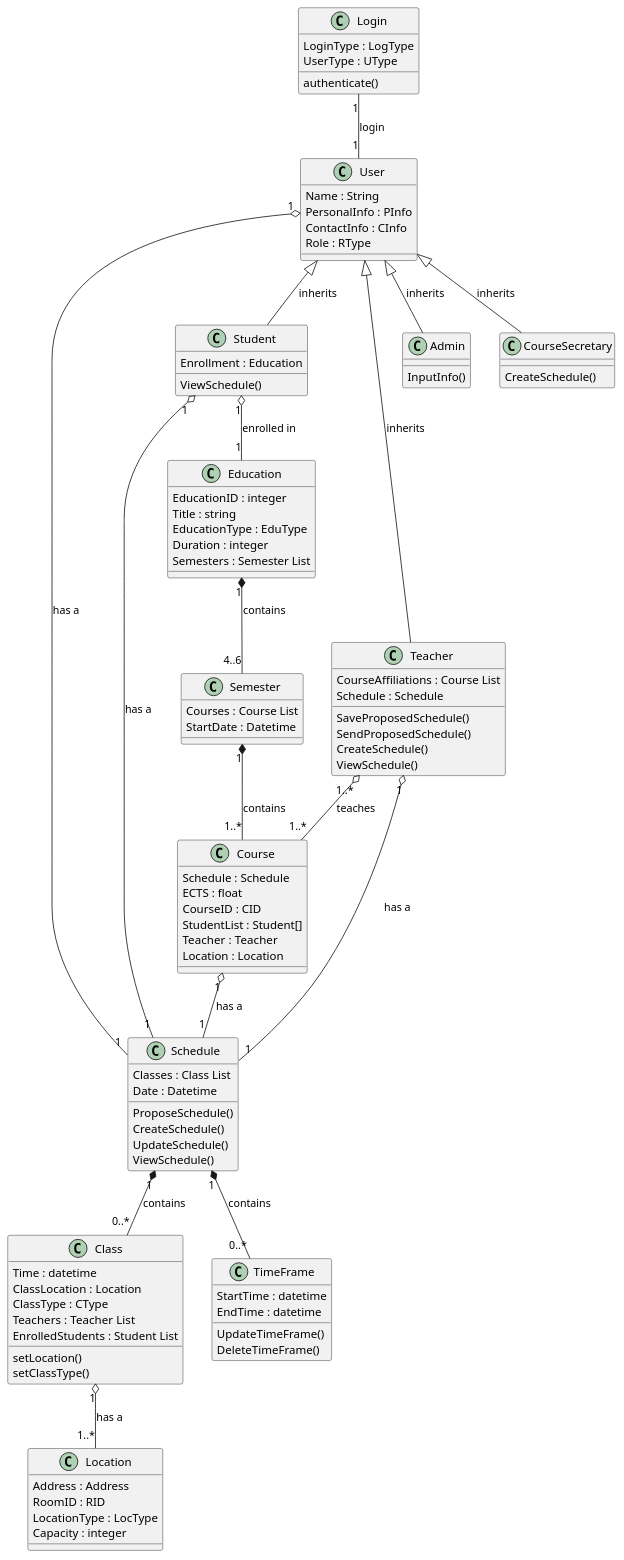
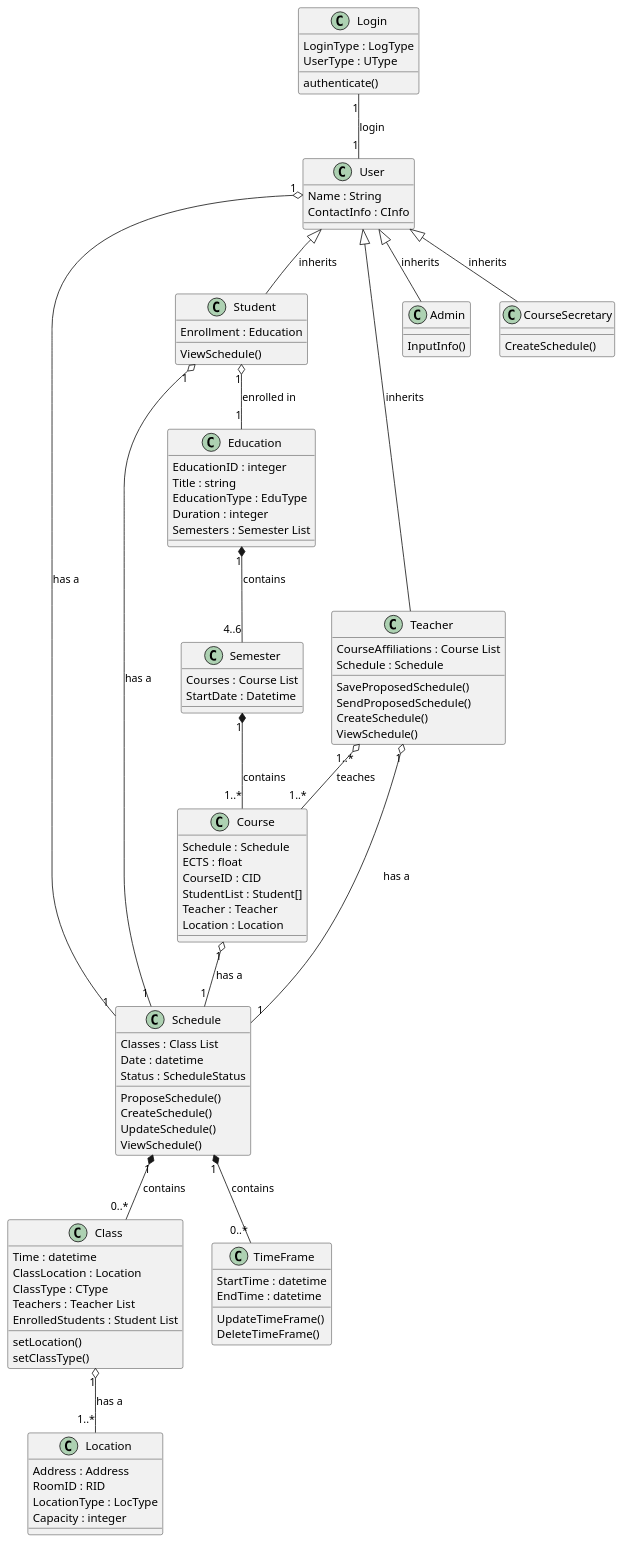
One commit to frejabauch/Systemudvikling_FSIS changed the diagram in Diagrams/ClassDiagram.puml. Above: the diagram before and after it, drawn with PlantUML. The commit also changed 1 other file, not shown here.

Commit message:
Updated Class diagram, added SQL Table queries

```diff
--- a/Diagrams/ClassDiagram.puml
+++ b/Diagrams/ClassDiagram.puml
@@ -1,115 +1,114 @@
 @startuml ClassDiagram
 
 class Education {
     EducationID : integer
     Title : string
     EducationType : EduType
     Duration : integer
     Semesters : Semester List
 }
 
 class Schedule{
     Classes : Class List
-    Date : Datetime
+    Date : datetime
+    Status : ScheduleStatus
     ProposeSchedule()
     CreateSchedule()
     UpdateSchedule()
     ViewSchedule()
 }
 
 class Location{
     Address : Address
     RoomID : RID
     LocationType : LocType
     Capacity : integer
 }
 
 class Course{
     Schedule : Schedule
     ECTS : float
     CourseID : CID
     StudentList : Student[]
     Teacher : Teacher
     Location : Location
 }
 
 class Class{
     Time : datetime
     ClassLocation : Location
     ClassType : CType
     Teachers : Teacher List
     EnrolledStudents : Student List
     setLocation()
     setClassType()
 }
 
 class Login{
     LoginType : LogType
     UserType : UType
     authenticate()
 }
 
 class User{
     Name : String
-    PersonalInfo : PInfo
     ContactInfo : CInfo
-    Role : RType
 }
 
 class Semester{
     Courses : Course List
     StartDate : Datetime
 }
 
 class Student{
     Enrollment : Education
     ViewSchedule()
 }
 
 class Teacher{
     CourseAffiliations : Course List
     Schedule : Schedule
     SaveProposedSchedule()
     SendProposedSchedule()
     CreateSchedule()
     ViewSchedule()
 }
 
 class Admin{
     InputInfo()
 }
 
 class TimeFrame{
     StartTime : datetime
     EndTime : datetime
     UpdateTimeFrame()
     DeleteTimeFrame()
 }
 
 class CourseSecretary{
     CreateSchedule()
 }
 
 User"1" o-- "1" Schedule : has a
 Course"1" o-- "1" Schedule : has a
 Student"1" o-- "1" Schedule : has a
 Teacher"1" o-- "1" Schedule : has a
 
 Education"1" *-- "4..6" Semester : contains
 
 Class "1" o-- "1..*"Location : has a
 
 User <|-- Student : inherits
 User <|-- Teacher : inherits
 User <|-- Admin : inherits
 User <|-- CourseSecretary : inherits
 
 Semester"1" *-- "1..*" Course : contains
 Schedule"1" *-- "0..*" Class : contains
 Schedule"1" *-- "0..*" TimeFrame : contains
 Teacher"1..*" o-- "1..*" Course : teaches
 Student"1" o-- "1" Education : enrolled in
 
 Login "1" -- "1" User : login
 
 @enduml
```
